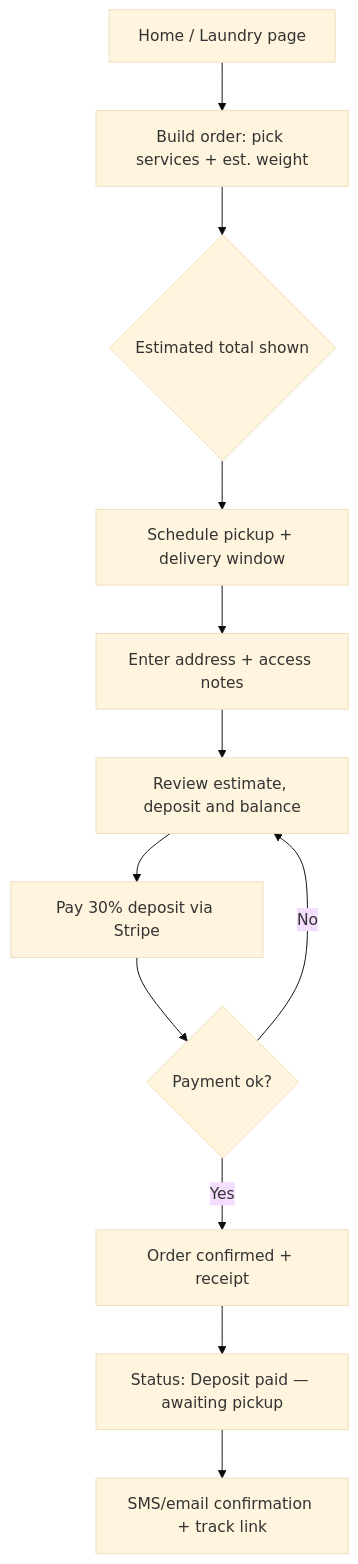
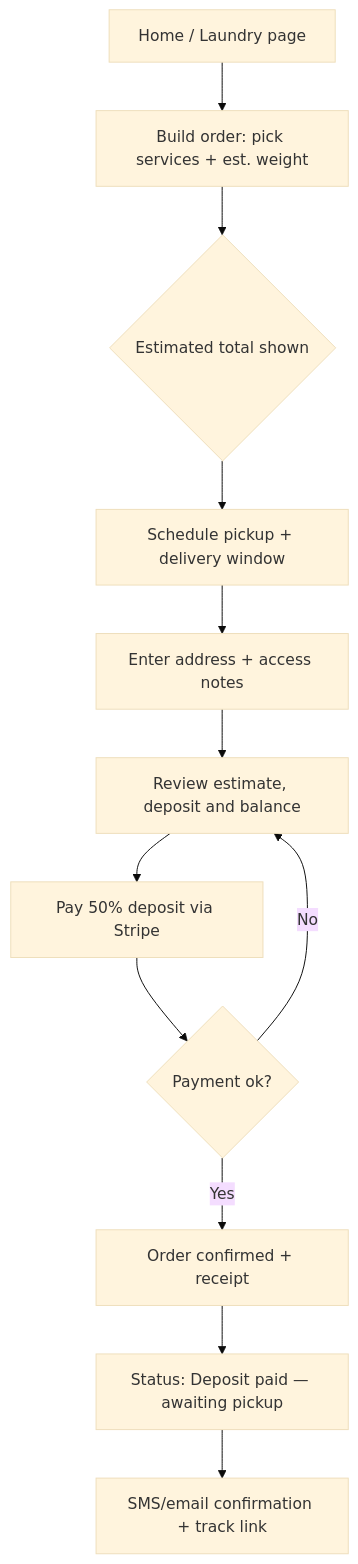
One commit to Gazi310/Brilliance-Care-PTY-LTD changed the first of 6 diagrams in blueprint/BLUEPRINT.md. Above: the diagram before and after it, drawn with Mermaid (base theme). The commit also changed other lines of this file and 34 other files, not shown here.

````diff
--- a/blueprint/BLUEPRINT.md
+++ b/blueprint/BLUEPRINT.md
@@ -264,14 +264,14 @@
 ```mermaid
 flowchart TD
     A[Home / Laundry page] --> B[Build order: pick services + est. weight]
     B --> C{Estimated total shown}
     C --> D[Schedule pickup + delivery window]
     D --> E[Enter address + access notes]
     E --> F[Review estimate, deposit and balance]
-    F --> G[Pay 30% deposit via Stripe]
+    F --> G[Pay 50% deposit via Stripe]
     G --> H{Payment ok?}
     H -- No --> F
     H -- Yes --> I[Order confirmed + receipt]
     I --> J[Status: Deposit paid — awaiting pickup]
     J --> K[SMS/email confirmation + track link]
 ```
````
